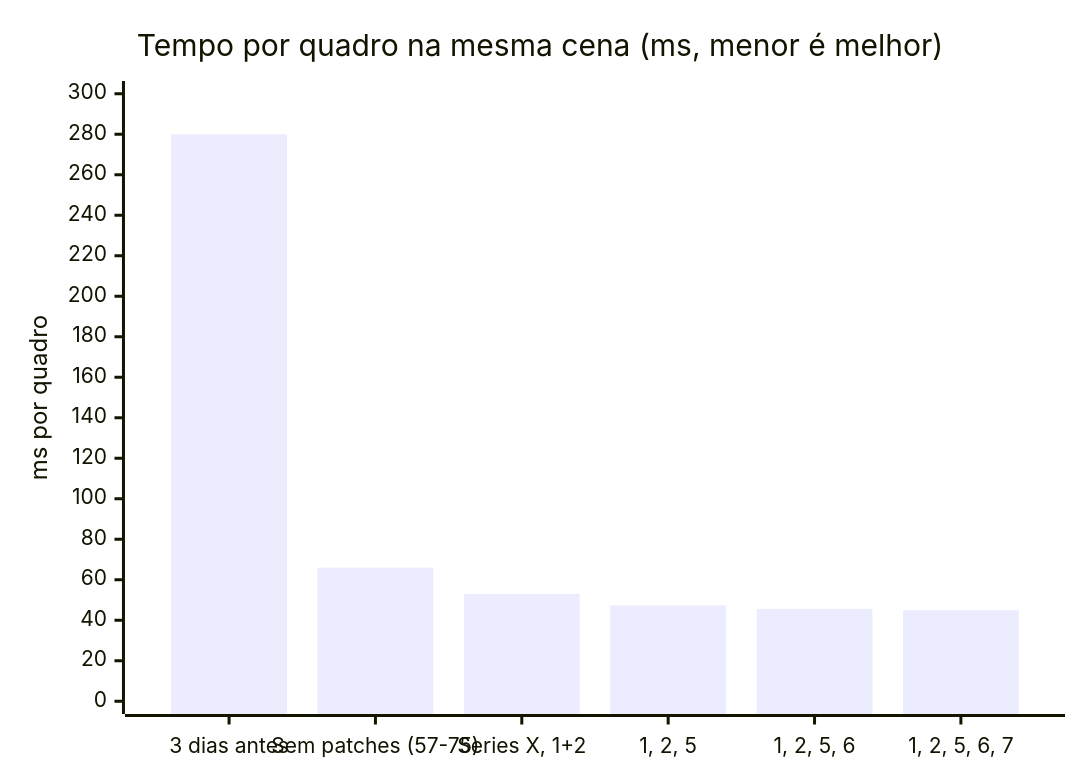
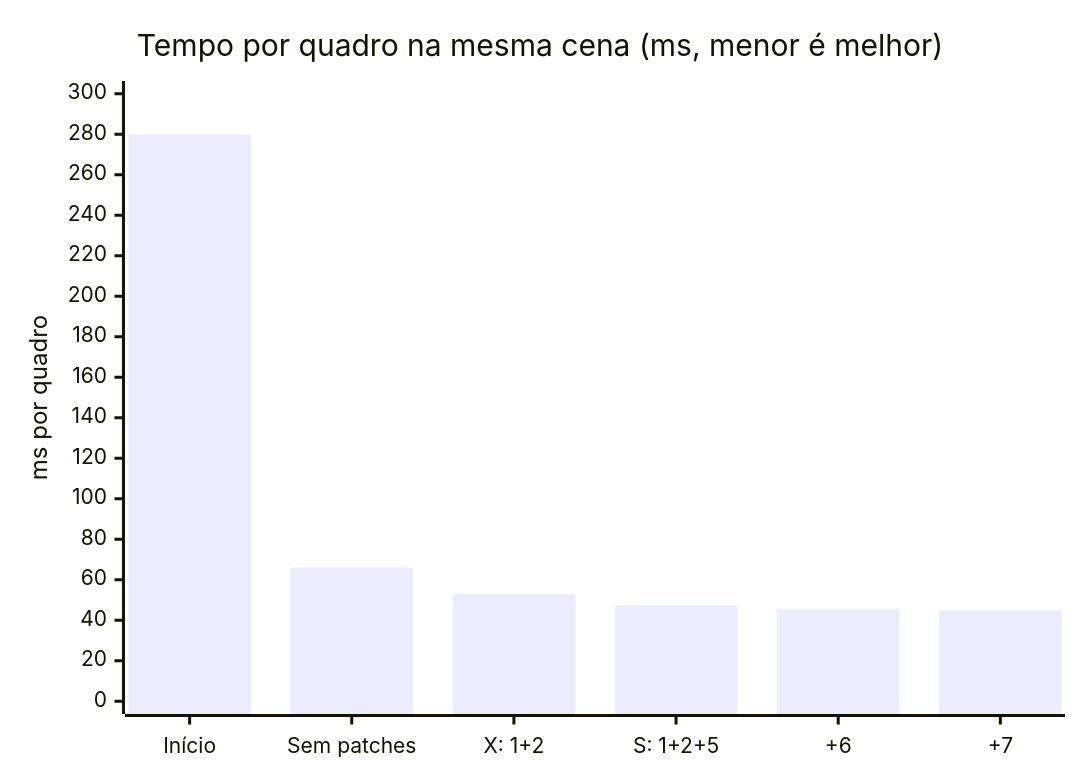
Before and after one commit to marcoscostaengineer/MARGARETE-RX580-OPTIMIZED: the tenth of 20 diagrams in README.md, drawn with Mermaid. The commit also changed other lines of this file, not shown here.

First line of the commit message:
README diagrams: timeline items shown, horizontal layouts, readable labels

````diff
--- a/README.md
+++ b/README.md
@@ -211,7 +214,7 @@
 ```mermaid
 xychart-beta
     title "Tempo por quadro na mesma cena (ms, menor é melhor)"
-    x-axis ["3 dias antes", "Sem patches (57-75)", "Series X, 1+2", "1, 2, 5", "1, 2, 5, 6", "1, 2, 5, 6, 7"]
+    x-axis ["Início", "Sem patches", "X: 1+2", "S: 1+2+5", "+6", "+7"]
     y-axis "ms por quadro" 0 --> 300
     bar [280, 66, 53, 47.3, 45.6, 44.9]
 ```
````
